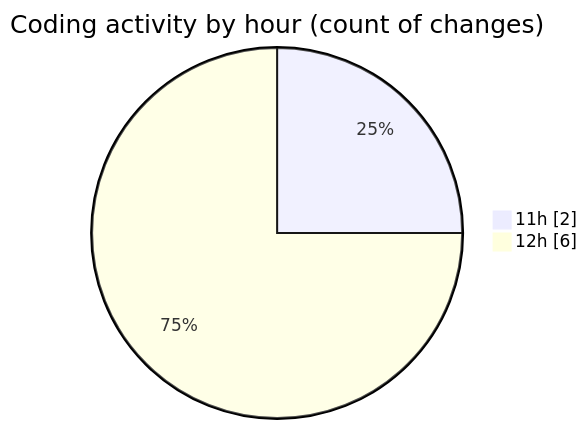
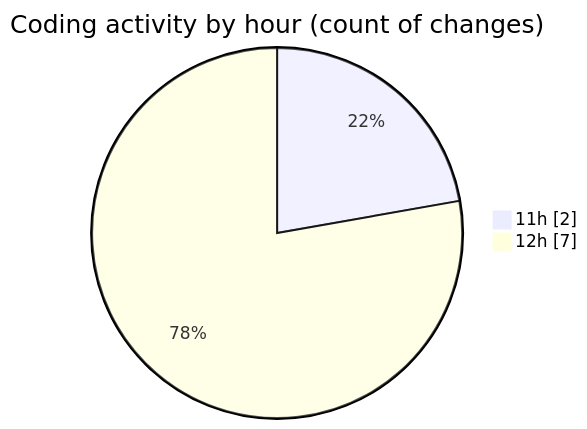
Before and after one commit to NitaiMahat/code-tracking: the second of 2 diagrams in 2025-02-05/computer_202/README.md, drawn with Mermaid. The commit also changed other lines of this file and 1 other file, not shown here.

````diff
--- a/2025-02-05/computer_202/README.md
+++ b/2025-02-05/computer_202/README.md
@@ -30,6 +30,6 @@
 ```mermaid
 pie showData
 title Coding activity by hour (count of changes)
 "11h" : 2
-"12h" : 6
+"12h" : 7
 ```
````
